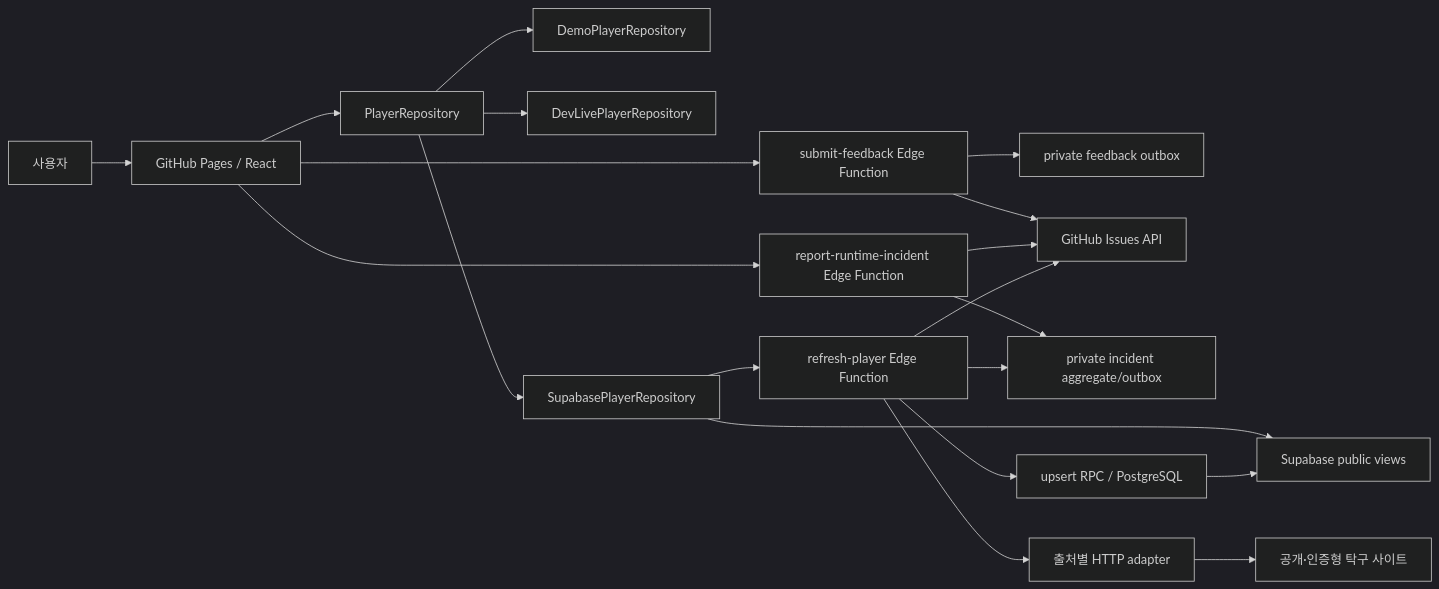
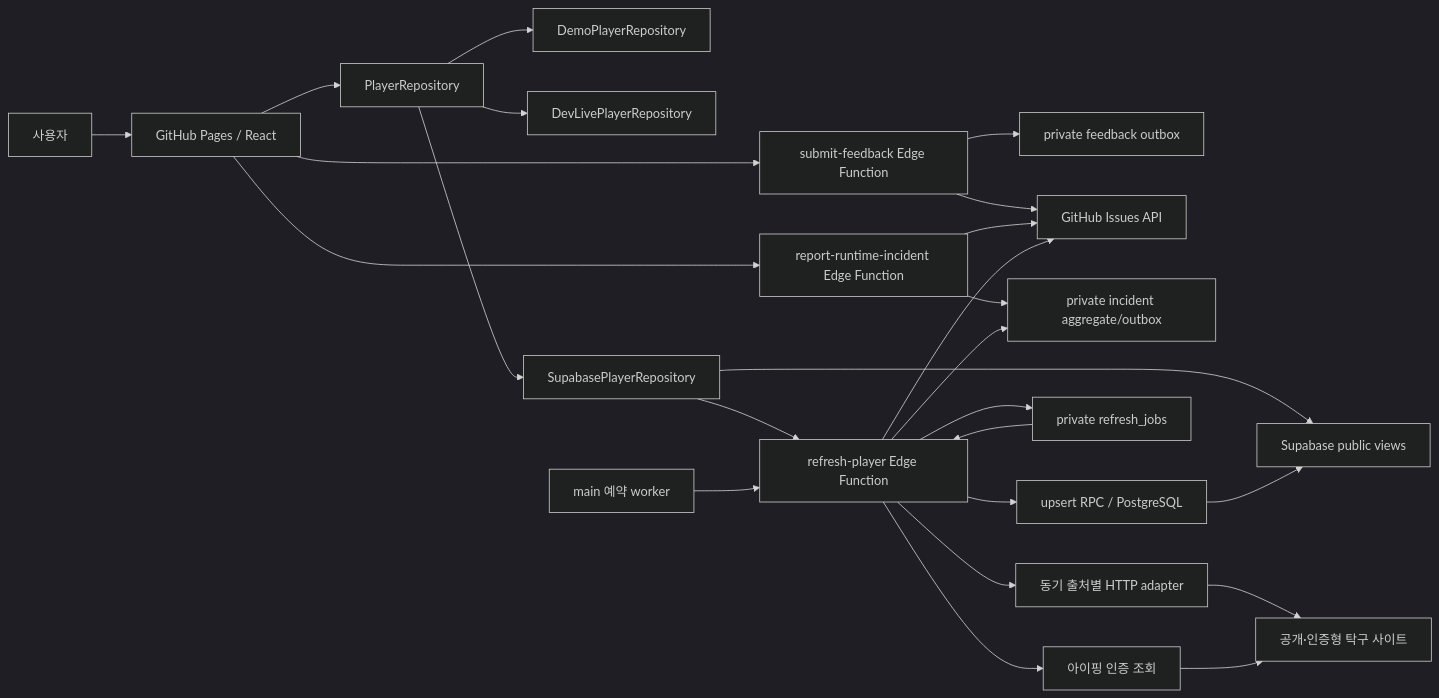
One commit to iamdenny/pingpong-busu changed the diagram in docs/architecture.md. Above: the diagram before and after it, drawn with Mermaid (dark theme). The commit also changed other lines of this file and 36 other files, not shown here.

````diff
--- a/docs/architecture.md
+++ b/docs/architecture.md
@@ -17,22 +17,27 @@
 ```mermaid
 flowchart LR
   U["사용자"] --> W["GitHub Pages / React"]
   W --> R["PlayerRepository"]
   R --> D["DemoPlayerRepository"]
   R --> L["DevLivePlayerRepository"]
   R --> S["SupabasePlayerRepository"]
   S --> V["Supabase public views"]
   S --> E["refresh-player Edge Function"]
   W --> F["submit-feedback Edge Function"]
   F --> O["private feedback outbox"]
   F --> G["GitHub Issues API"]
   W --> I["report-runtime-incident Edge Function"]
   I --> Q["private incident aggregate/outbox"]
   I --> G
   E --> Q
   E --> G
-  E --> A["출처별 HTTP adapter"]
+  E --> A["동기 출처별 HTTP adapter"]
   A --> X["공개·인증형 탁구 사이트"]
+  E --> J["private refresh_jobs"]
+  C["main 예약 worker"] --> E
+  J --> E
+  E --> IX["아이핑 인증 조회"]
+  IX --> X
   E --> P["upsert RPC / PostgreSQL"]
   P --> V
 ```
````
